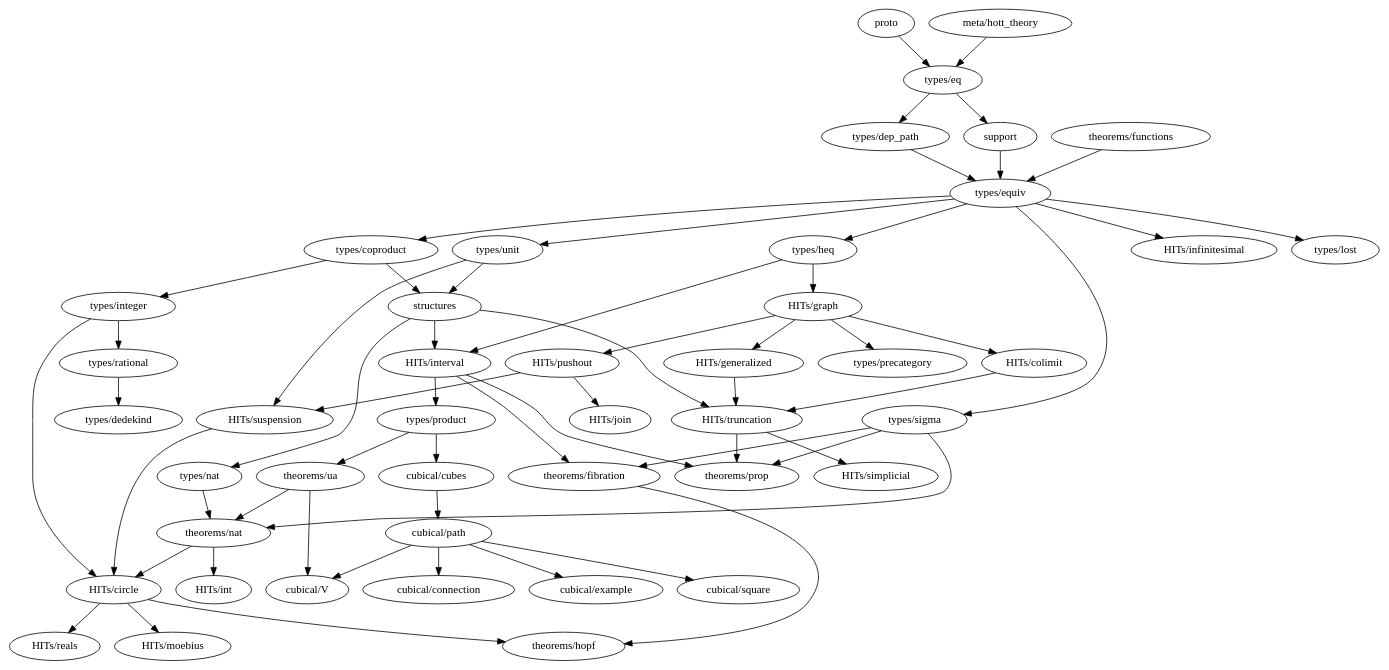
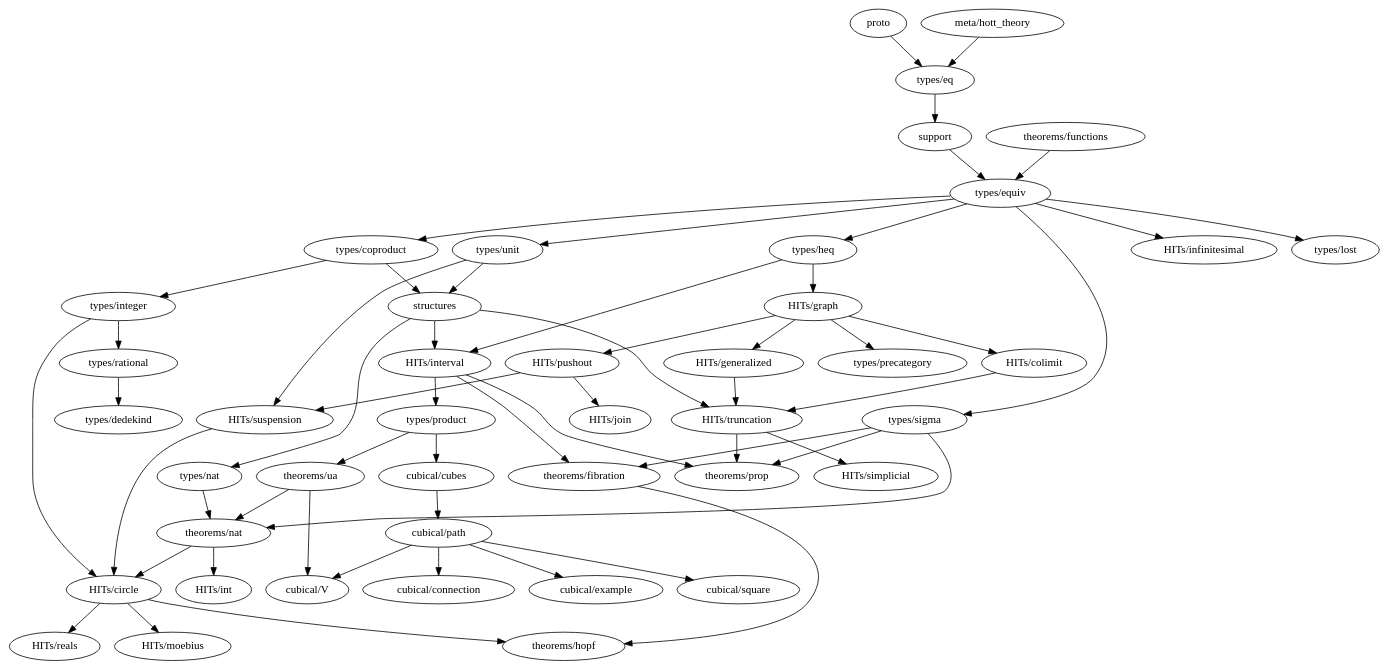
Before and after one commit to forked-from-1kasper/ground_zero: the diagram in dependency_map.gv, drawn with Graphviz. The commit also changed 17 other files, not shown here.

Commit message:
dep_path is no longer an inductive type

```diff
--- a/dependency_map.gv
+++ b/dependency_map.gv
@@ -1,93 +1,92 @@
 digraph dependency_map {
   proto -> "types/eq"
   "meta/hott_theory" -> "types/eq"
   support -> "types/equiv"
   structures -> {
     "HITs/interval",
     "HITs/truncation",
     "types/nat"
   }
 
   subgraph types {
     "types/coproduct" -> { "types/integer", structures }
     "types/dedekind"
-    "types/dep_path" -> "types/equiv"
-    "types/eq" -> { "types/dep_path", support }
+    "types/eq" -> { support }
     "types/equiv" -> {
       "types/heq",
       "HITs/infinitesimal",
       "types/coproduct",
       "types/lost",
       "types/unit",
       "types/sigma"
     }
     "types/heq" -> {
       "HITs/interval",
       "HITs/graph"
     }
     "types/integer" -> {
       "HITs/circle",
       "types/rational"
     }
     "types/lost"
     "types/nat" -> { "theorems/nat" }
     "types/product" -> { "cubical/cubes", "theorems/ua" }
     "types/rational" -> { "types/dedekind" }
     "types/sigma" -> { "theorems/fibration", "theorems/prop", "theorems/nat" }
     "types/unit" -> { structures, "HITs/suspension" }
   }
 
   subgraph HITs {
     "HITs/circle" -> { "theorems/hopf", "HITs/moebius", "HITs/reals" }
     "HITs/colimit" -> "HITs/truncation"
     "HITs/generalized" -> "HITs/truncation"
     "HITs/graph" -> {
       "HITs/colimit",
       "HITs/generalized",
       "HITs/pushout",
       "types/precategory"
     }
     "HITs/infinitesimal"
     "HITs/interval" -> {
       "types/product",
       "theorems/prop",
       "theorems/fibration"
     }
     "HITs/join"
     "HITs/moebius"
     "HITs/pushout" -> {
       "HITs/join",
       "HITs/suspension"
     }
     "HITs/reals"
     "HITs/simplicial"
     "HITs/suspension" -> "HITs/circle"
     "HITs/truncation" -> {
       "theorems/prop",
       "HITs/simplicial"
     }
   }
 
   subgraph cubical {
     "cubical/connection"
     "cubical/cubes" -> "cubical/path"
     "cubical/example"
     "cubical/path" -> {
       "cubical/square",
       "cubical/example",
       "cubical/V",
       "cubical/connection"
     }
     "cubical/square"
     "cubical/V"
   }
 
   subgraph theorems {
     "theorems/fibration" -> { "theorems/hopf" }
     "theorems/functions" -> { "types/equiv" }
     "theorems/hopf"
     "theorems/nat" -> { "HITs/circle", "HITs/int" }
     "theorems/prop"
     "theorems/ua" -> { "theorems/nat", "cubical/V" }
   }
 }
```
